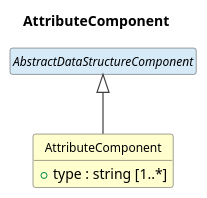
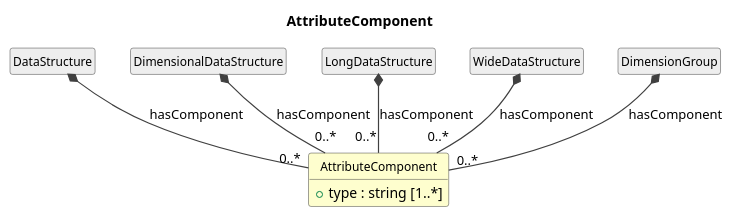
One commit to Cross-Domain-Interoperability-Framework/metadataBuildingBlocks changed the diagram in cdif-uml-model/cdifDataStructure/Classes/AttributeComponent.pu. Above: the diagram before and after it, drawn with PlantUML. The commit also changed 253 other files, not shown here.

First line of the commit message:
cdifDataStructure: schema refinement + regenerated diagrams

```diff
--- a/cdif-uml-model/cdifDataStructure/Classes/AttributeComponent.pu
+++ b/cdif-uml-model/cdifDataStructure/Classes/AttributeComponent.pu
@@ -1,19 +1,27 @@
 @startuml
 title AttributeComponent
 hide circle
 hide empty members
 skinparam shadowing false
 skinparam ArrowThickness 1.2
 skinparam class {
   ArrowColor #404040
   BorderColor #404040
   FontSize 12
 }
 
 class "AttributeComponent" as AttributeComponent #FEFECE {
   +type : string [1..*]
 }
-abstract class "AbstractDataStructureComponent" as AbstractDataStructureComponent #D6EAF8
-AbstractDataStructureComponent <|-- AttributeComponent
+class "DataStructure" as DataStructure #EEEEEE
+DataStructure *-- "0..*" AttributeComponent : hasComponent
+class "DimensionalDataStructure" as DimensionalDataStructure #EEEEEE
+DimensionalDataStructure *-- "0..*" AttributeComponent : hasComponent
+class "LongDataStructure" as LongDataStructure #EEEEEE
+LongDataStructure *-- "0..*" AttributeComponent : hasComponent
+class "WideDataStructure" as WideDataStructure #EEEEEE
+WideDataStructure *-- "0..*" AttributeComponent : hasComponent
+class "DimensionGroup" as DimensionGroup #EEEEEE
+DimensionGroup *-- "0..*" AttributeComponent : hasComponent
 
 @enduml
```
